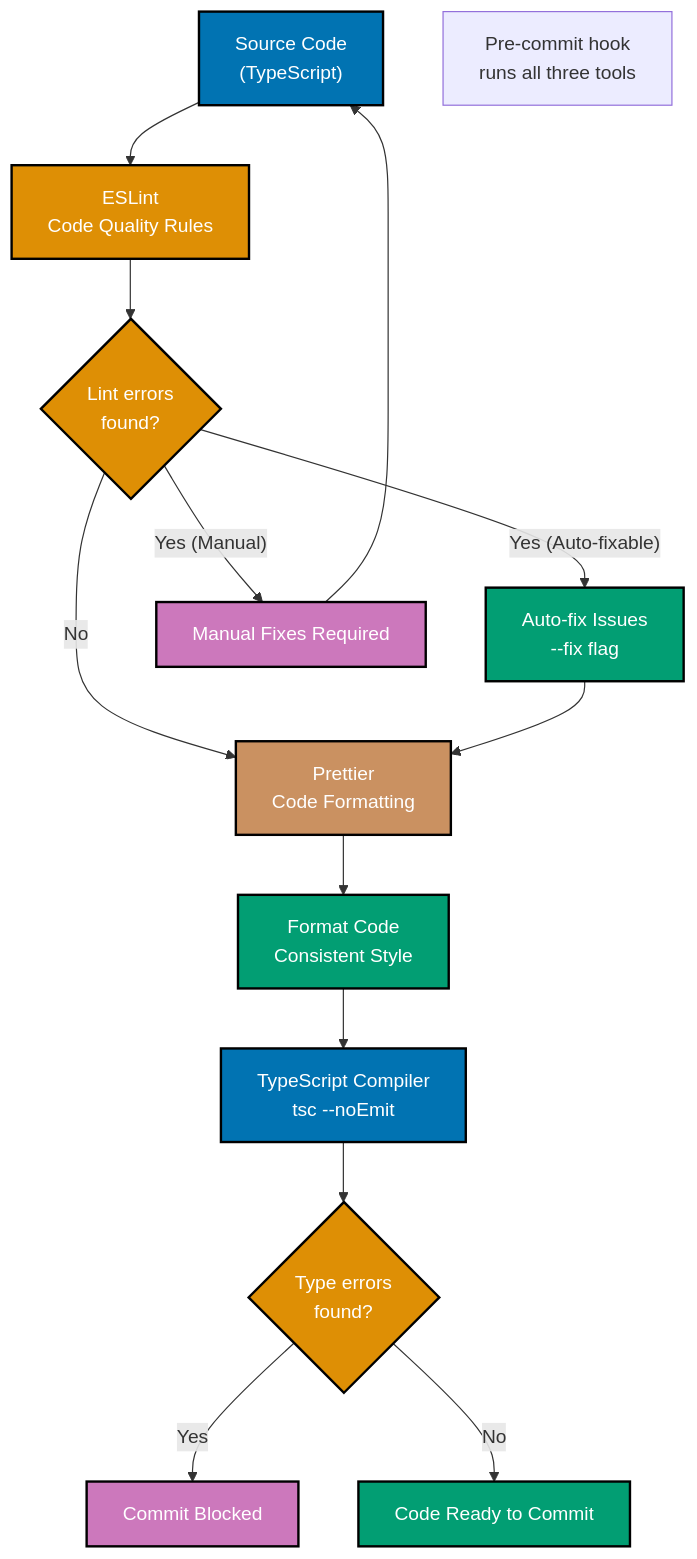
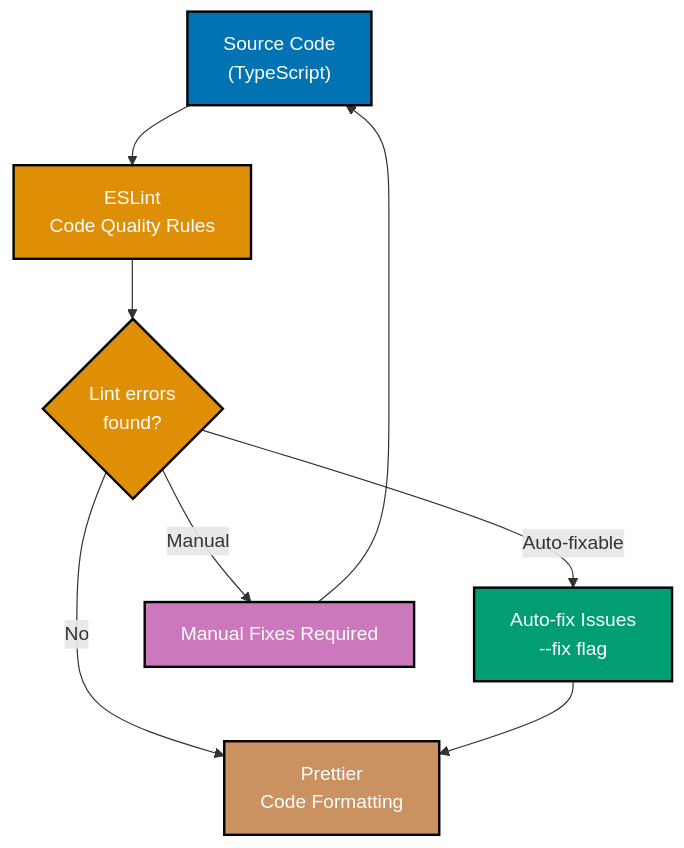
The first of 6 diagrams in docs/explanation/software-engineering/programming-languages/typescript/linting-and-formatting.md (wahidyankf/open-sharia-enterprise), drawn with Mermaid before and after one commit. The commit also changed other lines of this file and 16 other files, not shown here.

First line of the commit message:
fix(docs): fix mermaid violations in typescript docs

````diff
--- a/docs/explanation/software-engineering/programming-languages/typescript/linting-and-formatting.md
+++ b/docs/explanation/software-engineering/programming-languages/typescript/linting-and-formatting.md
@@ -40,39 +42,17 @@
 ```mermaid
 %% Color Palette: Blue #0173B2, Orange #DE8F05, Teal #029E73, Purple #CC78BC, Brown #CA9161
 graph TD
-    Code["Source Code<br/>#40;TypeScript#41;"]:::blue
-    ESLint["ESLint<br/>Code Quality Rules"]:::orange
-    ESLintErrors{"Lint errors<br/>found?"}:::orange
-    AutoFix["Auto-fix Issues<br/>--fix flag"]:::teal
-    ManualFix["Manual Fixes Required"]:::purple
-
-    Prettier["Prettier<br/>Code Formatting"]:::brown
-    PrettierFormat["Format Code<br/>Consistent Style"]:::teal
-
-    TSC["TypeScript Compiler<br/>tsc --noEmit"]:::blue
-    TypeErrors{"Type errors<br/>found?"}:::orange
-    Success["Code Ready to Commit"]:::teal
-    Fail["Commit Blocked"]:::purple
-
-    Code --> ESLint
-    ESLint --> ESLintErrors
-    ESLintErrors -->|Yes #40;Auto-fixable#41;| AutoFix
-    ESLintErrors -->|Yes #40;Manual#41;| ManualFix
-    ESLintErrors -->|No| Prettier
+    Code["Source Code<br/>#40;TypeScript#41;"]:::blue --> ESLint["ESLint<br/>Code Quality Rules"]:::orange
+    ESLint --> ESLintErrors{"Lint errors<br/>found?"}:::orange
+    ESLintErrors -->|"Auto-fixable"| AutoFix["Auto-fix Issues<br/>--fix flag"]:::teal
+    ESLintErrors -->|"Manual"| ManualFix["Manual Fixes Required"]:::purple
+    ESLintErrors -->|No| Prettier["Prettier<br/>Code Formatting"]:::brown
     AutoFix --> Prettier
     ManualFix --> Code
-
-    Prettier --> PrettierFormat
-    PrettierFormat --> TSC
-    TSC --> TypeErrors
-    TypeErrors -->|Yes| Fail
-    TypeErrors -->|No| Success
-
-    Note1["Pre-commit hook<br/>runs all three tools"]
 
     classDef blue fill:#0173B2,stroke:#000000,color:#FFFFFF,stroke-width:2px
     classDef orange fill:#DE8F05,stroke:#000000,color:#FFFFFF,stroke-width:2px
     classDef teal fill:#029E73,stroke:#000000,color:#FFFFFF,stroke-width:2px
     classDef purple fill:#CC78BC,stroke:#000000,color:#FFFFFF,stroke-width:2px
     classDef brown fill:#CA9161,stroke:#000000,color:#FFFFFF,stroke-width:2px
 ```
````
